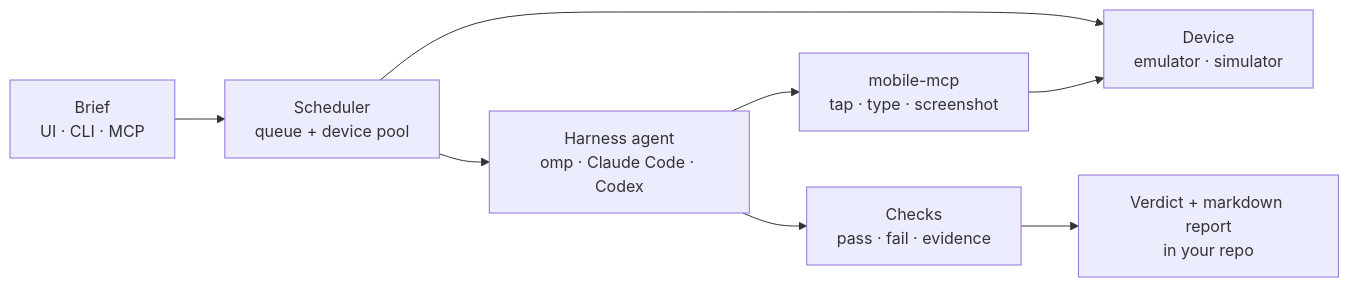
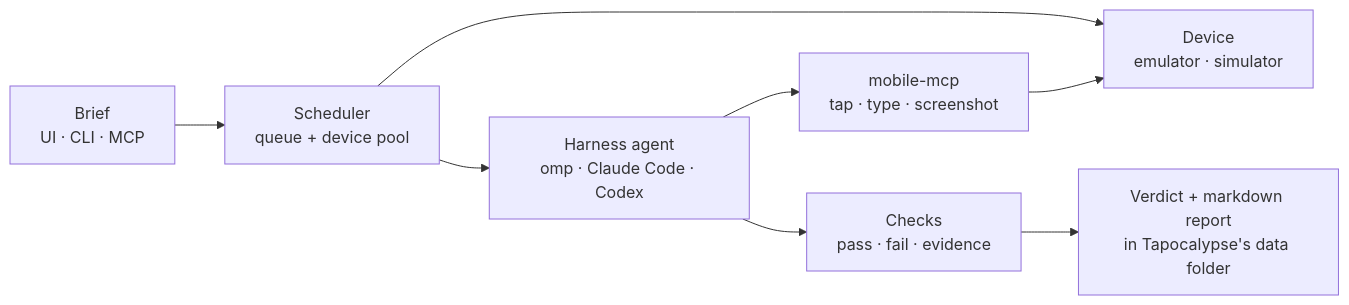
One commit to miles-pudge-halter/tapocalypse changed the diagram in README.md. Above: the diagram before and after it, drawn with Mermaid. The commit also changed other lines of this file and 63 other files, not shown here.

````diff
--- a/README.md
+++ b/README.md
@@ -32,10 +32,10 @@
 ```mermaid
 flowchart LR
   brief["Brief<br/>UI · CLI · MCP"] --> scheduler["Scheduler<br/>queue + device pool"]
   scheduler --> device["Device<br/>emulator · simulator"]
   scheduler --> agent["Harness agent<br/>omp · Claude Code · Codex"]
   agent --> mcp["mobile-mcp<br/>tap · type · screenshot"]
   mcp --> device
   agent --> progress["Checks<br/>pass · fail · evidence"]
-  progress --> result["Verdict + markdown report<br/>in your repo"]
+  progress --> result["Verdict + markdown report<br/>in Tapocalypse's data folder"]
 ```
````
